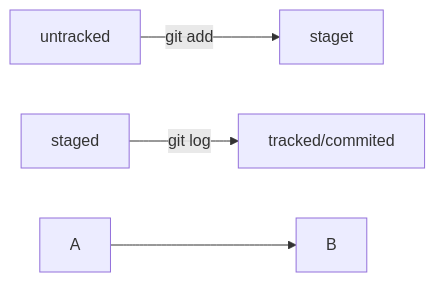
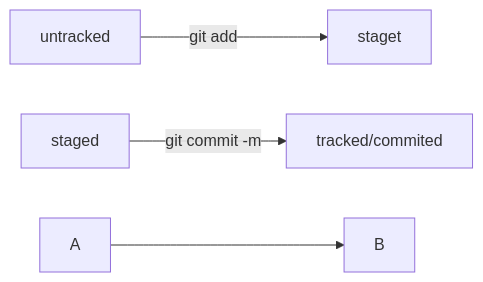
Before and after one commit to Dolgoulsky/aboutGIT: the diagram in README.md, drawn with Mermaid. The commit also changed other lines of this file, not shown here.

````diff
--- a/README.md
+++ b/README.md
@@ -151,8 +151,8 @@
 ```mermaid
 graph LR;
 untracked -- git add --> staget;
-staged -- git log --> tracked/commited; 
+staged -- git commit -m --> tracked/commited; 
 %% стрелка без текста для примера:
 A --> B;
 
 ```
````
